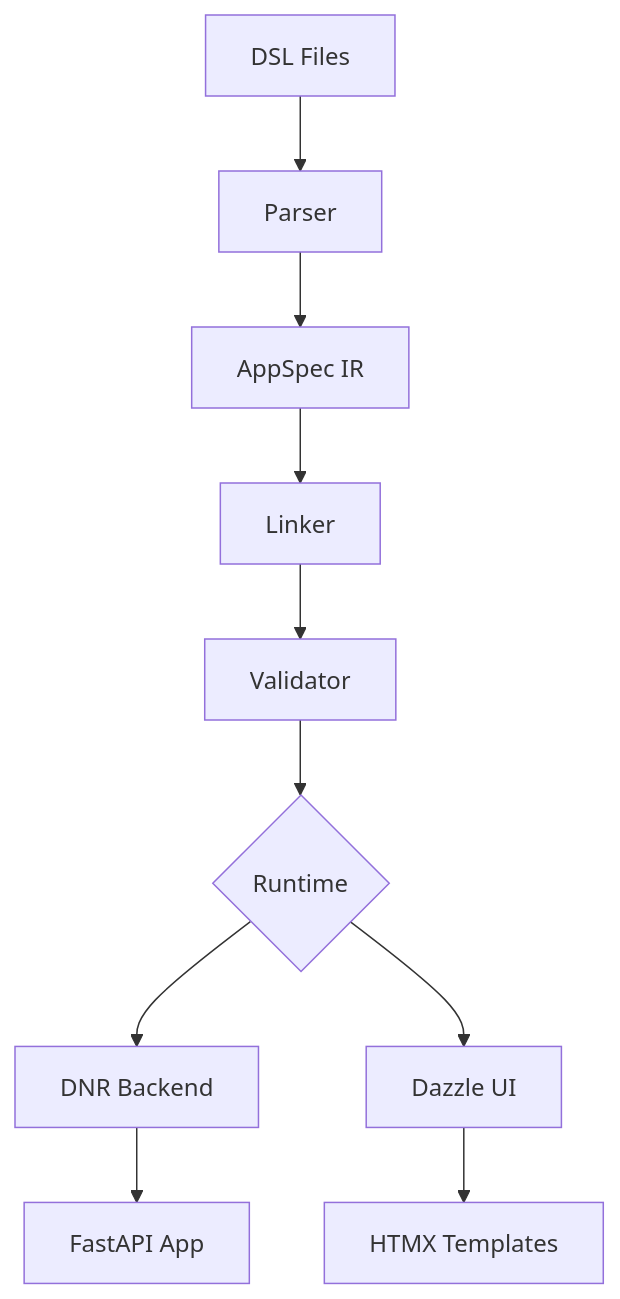
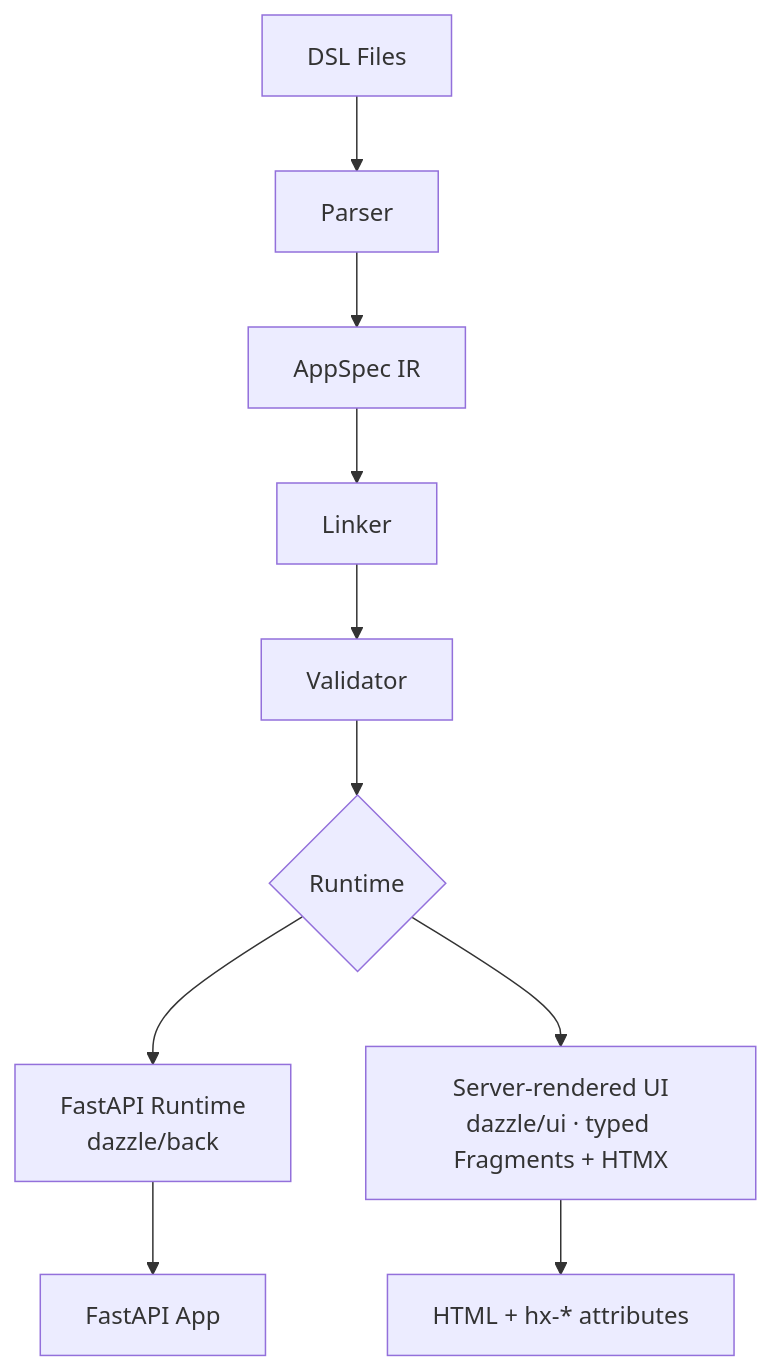
The diagram in docs/architecture/dsl-to-appspec.md (manwithacat/dazzle), drawn with Mermaid before and after one commit. The commit also changed other lines of this file and 37 other files, not shown here.

````diff
--- a/docs/architecture/dsl-to-appspec.md
+++ b/docs/architecture/dsl-to-appspec.md
@@ -7,12 +7,12 @@
 ```mermaid
 graph TD
     DSL[DSL Files] --> Parser
     Parser --> IR[AppSpec IR]
     IR --> Linker
     Linker --> Validator
     Validator --> Runtime{Runtime}
-    Runtime --> Back[DNR Backend]
-    Runtime --> UI[Dazzle UI]
+    Runtime --> Back[FastAPI Runtime<br/>dazzle/back]
+    Runtime --> UI[Server-rendered UI<br/>dazzle/ui · typed Fragments + HTMX]
     Back --> API[FastAPI App]
-    UI --> JS[HTMX Templates]
+    UI --> HTML[HTML + hx-* attributes]
 ```
````
